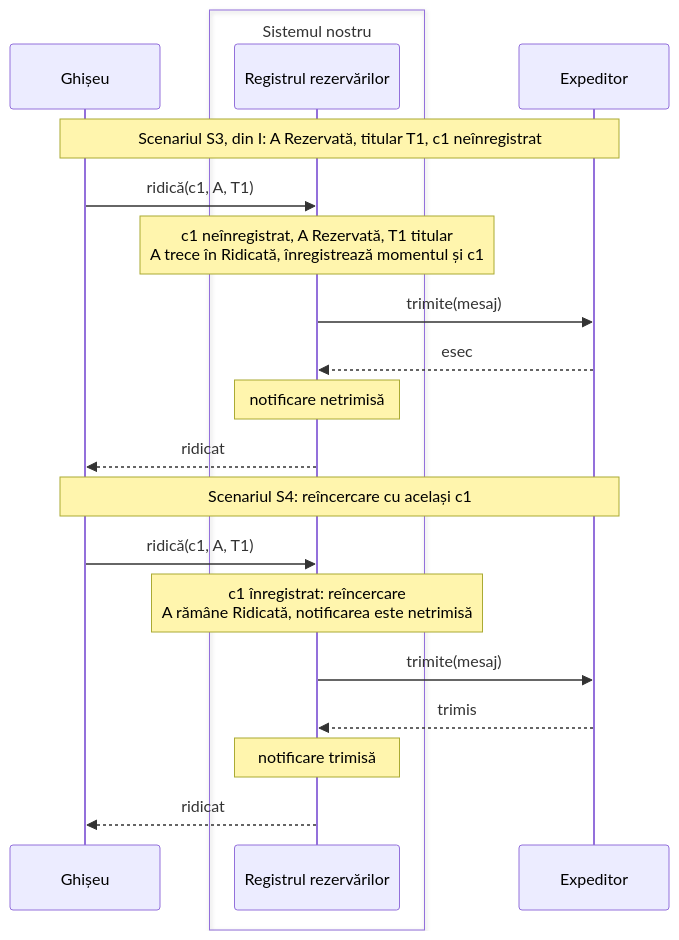
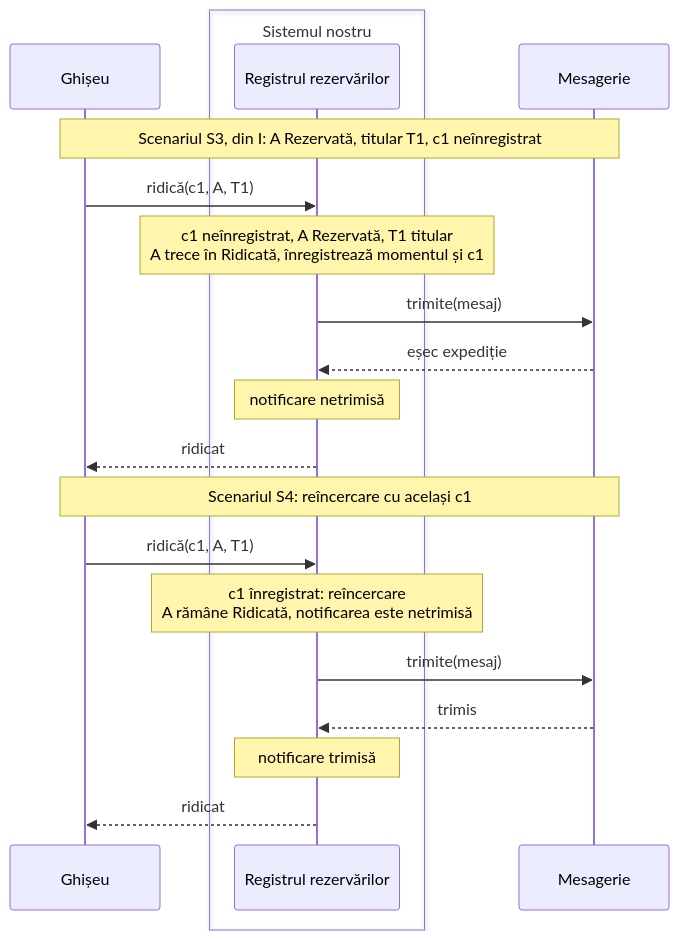
One commit to traiansf/traiansf.github.io changed the second of 2 diagrams in class/amss-2026/lab/scenarios/04-comportament/reference.md. Above: the diagram before and after it, drawn with Mermaid. The commit also changed other lines of this file and 21 other files, not shown here.

````diff
--- a/class/amss-2026/lab/scenarios/04-comportament/reference.md
+++ b/class/amss-2026/lab/scenarios/04-comportament/reference.md
@@ -61,22 +61,22 @@
 ```mermaid
 sequenceDiagram
     participant G as Ghișeu
     box Sistemul nostru
     participant R as Registrul rezervărilor
     end
-    participant E as Expeditor
+    participant E as Mesagerie
     Note over G,E: Scenariul S3, din I: A Rezervată, titular T1, c1 neînregistrat
     G->>R: ridică(c1, A, T1)
     Note over R: c1 neînregistrat, A Rezervată, T1 titular<br/>A trece în Ridicată, înregistrează momentul și c1
     R->>E: trimite(mesaj)
-    E-->>R: esec
+    E-->>R: eșec expediție
     Note over R: notificare netrimisă
     R-->>G: ridicat
     Note over G,E: Scenariul S4: reîncercare cu același c1
     G->>R: ridică(c1, A, T1)
     Note over R: c1 înregistrat: reîncercare<br/>A rămâne Ridicată, notificarea este netrimisă
     R->>E: trimite(mesaj)
     E-->>R: trimis
     Note over R: notificare trimisă
     R-->>G: ridicat
 ```
````
